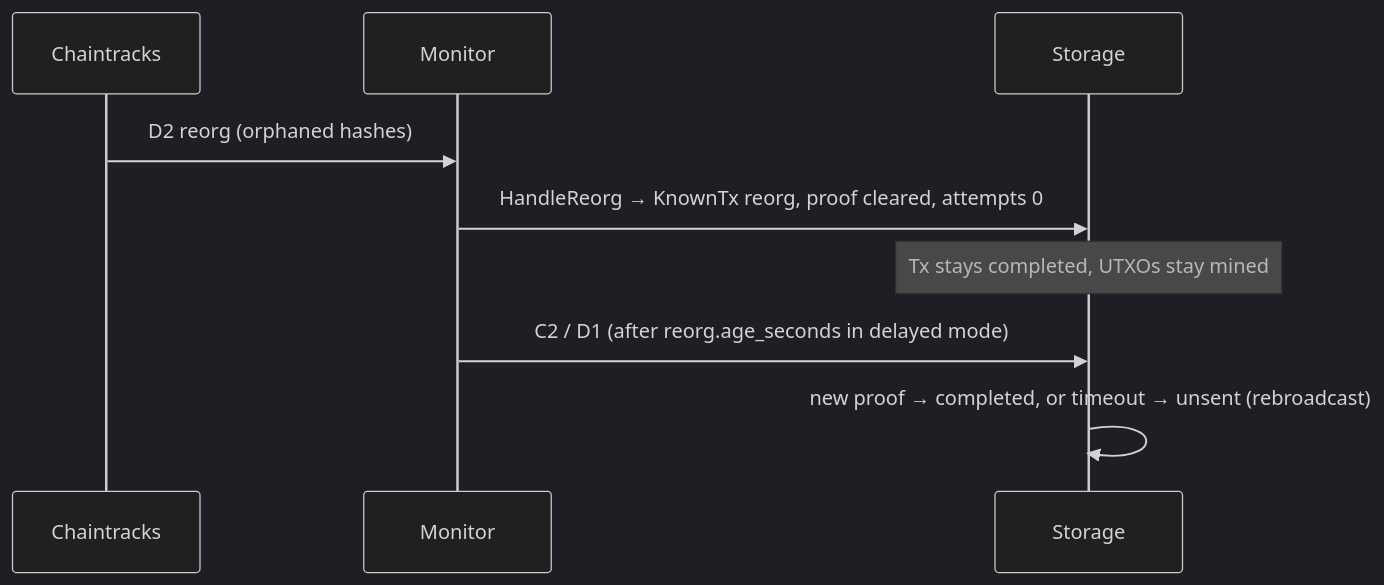
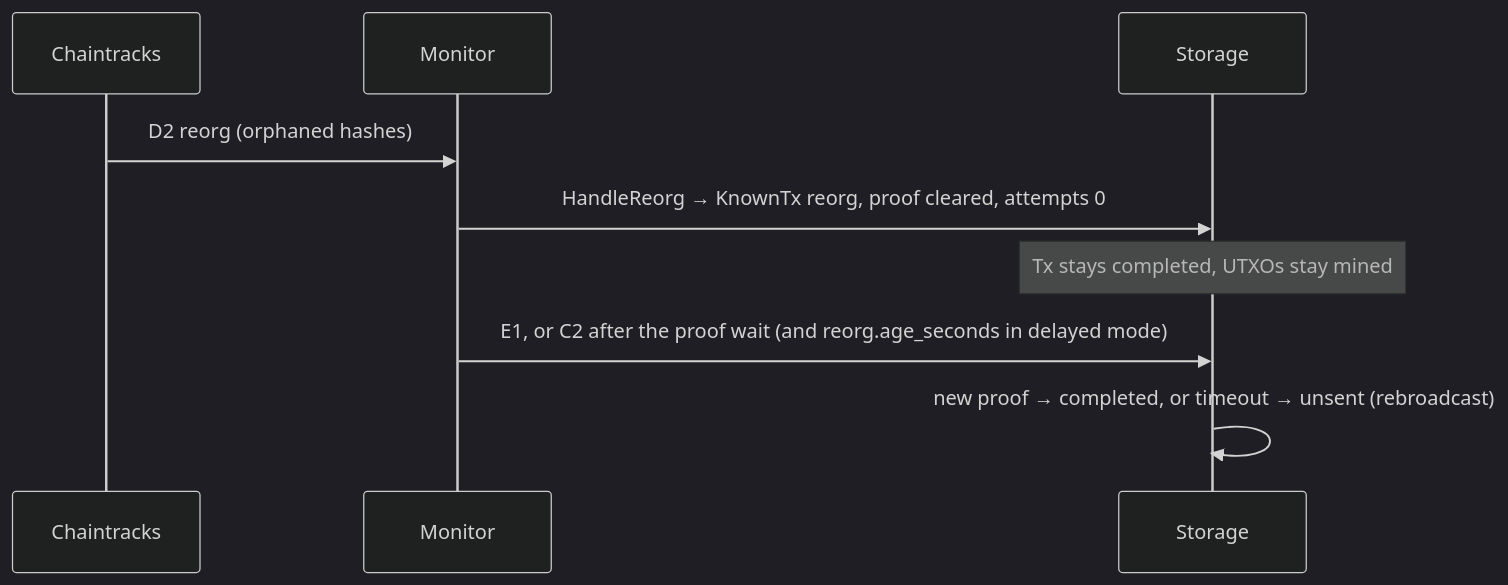
One commit to bsv-blockchain/go-wallet-toolbox changed the sixth of 10 diagrams in docs/tx-lifecycle.md. Above: the diagram before and after it, drawn with Mermaid (dark theme). The commit also changed other lines of this file and 17 other files, not shown here.

````diff
--- a/docs/tx-lifecycle.md
+++ b/docs/tx-lifecycle.md
@@ -259,11 +259,11 @@
 ```mermaid
 sequenceDiagram
     participant CT as Chaintracks
     participant M as Monitor
     participant W as Storage
     CT->>M: D2 reorg (orphaned hashes)
     M->>W: HandleReorg → KnownTx reorg, proof cleared, attempts 0
     Note over W: Tx stays completed, UTXOs stay mined
-    M->>W: C2 / D1 (after reorg.age_seconds in delayed mode)
+    M->>W: E1, or C2 after the proof wait (and reorg.age_seconds in delayed mode)
     W->>W: new proof → completed, or timeout → unsent (rebroadcast)
 ```
````
